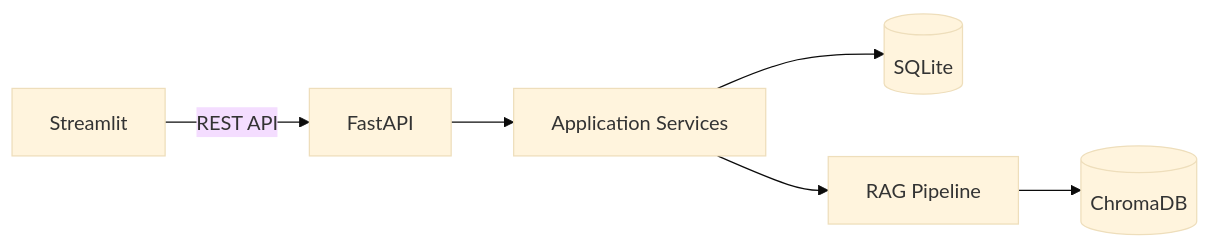
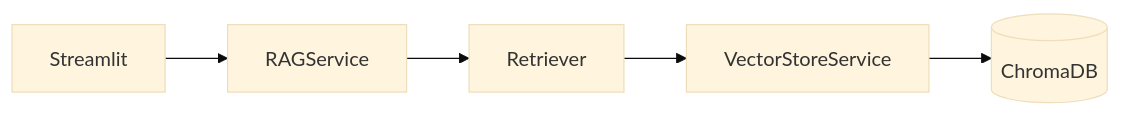
The fourth of 9 diagrams in docs/IMPLEMENTATION_GUIDE.md (bee-honey/ai-support-ticket-resolver), drawn with Mermaid (base theme) before and after one commit. The commit also changed other lines of this file, not shown here.

````diff
--- a/docs/IMPLEMENTATION_GUIDE.md
+++ b/docs/IMPLEMENTATION_GUIDE.md
@@ -172,14 +167,12 @@
 ```mermaid
 flowchart LR
     UI["Streamlit"]
-    API["FastAPI"]
-    SERVICE["Application Services"]
-    SQL[("SQLite")]
-    RAG["RAG Pipeline"]
+    RAG["RAGService"]
+    RET["Retriever"]
+    VS["VectorStoreService"]
     CHROMA[("ChromaDB")]
-    UI -->|"REST API"| API
-    API --> SERVICE
-    SERVICE --> SQL
-    SERVICE --> RAG
-    RAG --> CHROMA
+    UI --> RAG
+    RAG --> RET
+    RET --> VS
+    VS --> CHROMA
 ```
````
